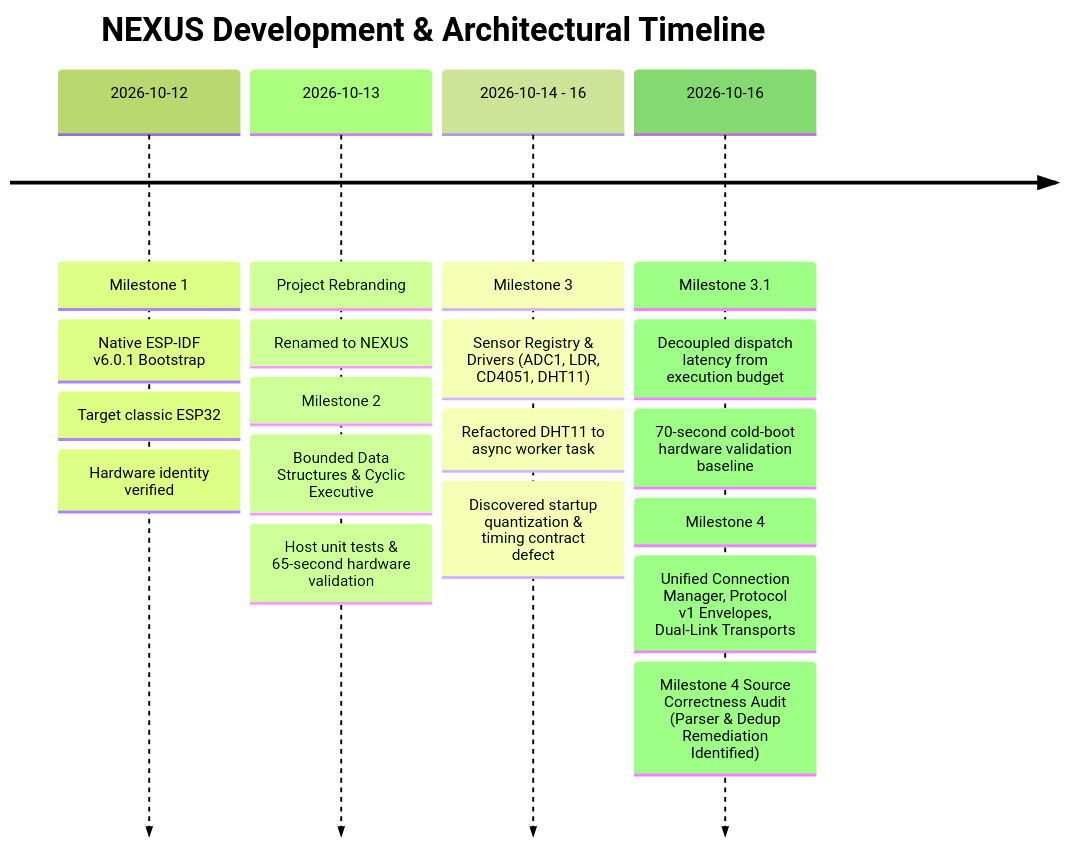
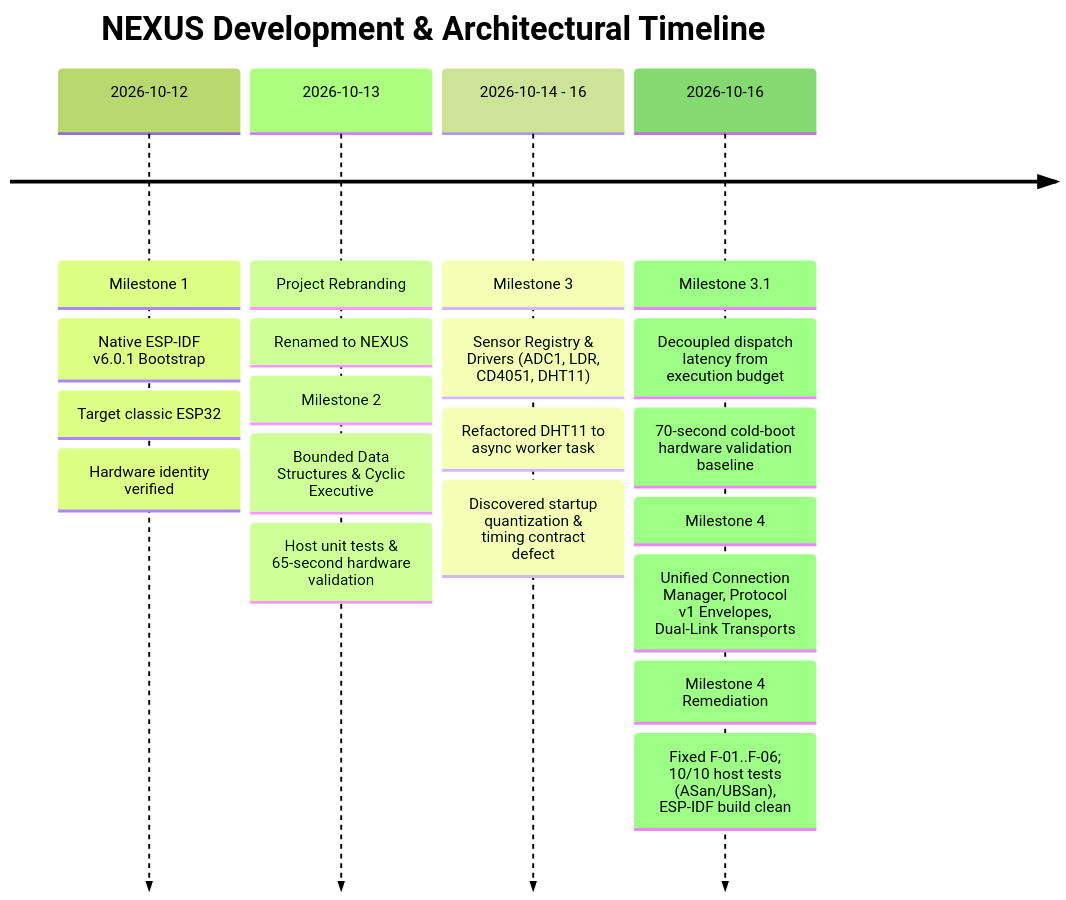
One commit to aryan-madhavi/NEXUS changed the diagram in docs/milestones/PROJECT_HISTORY.md. Above: the diagram before and after it, drawn with Mermaid (forest theme). The commit also changed other lines of this file and 24 other files, not shown here.

````diff
--- a/docs/milestones/PROJECT_HISTORY.md
+++ b/docs/milestones/PROJECT_HISTORY.md
@@ -19,16 +19,16 @@
 ```mermaid
 timeline
     title NEXUS Development & Architectural Timeline
     2026-10-12 : Milestone 1 : Native ESP-IDF v6.0.1 Bootstrap
                : Target classic ESP32 : Hardware identity verified
     2026-10-13 : Project Rebranding : Renamed to NEXUS
                : Milestone 2 : Bounded Data Structures & Cyclic Executive
                : Host unit tests & 65-second hardware validation
     2026-10-14 - 16 : Milestone 3 : Sensor Registry & Drivers (ADC1, LDR, CD4051, DHT11)
                     : Refactored DHT11 to async worker task
                     : Discovered startup quantization & timing contract defect
     2026-10-16 : Milestone 3.1 : Decoupled dispatch latency from execution budget
                : 70-second cold-boot hardware validation baseline
                : Milestone 4 : Unified Connection Manager, Protocol v1 Envelopes, Dual-Link Transports
-               : Milestone 4 Source Correctness Audit (Parser & Dedup Remediation Identified)
+               : Milestone 4 Remediation : Fixed F-01..F-06; 10/10 host tests (ASan/UBSan), ESP-IDF build clean
 ```
````
